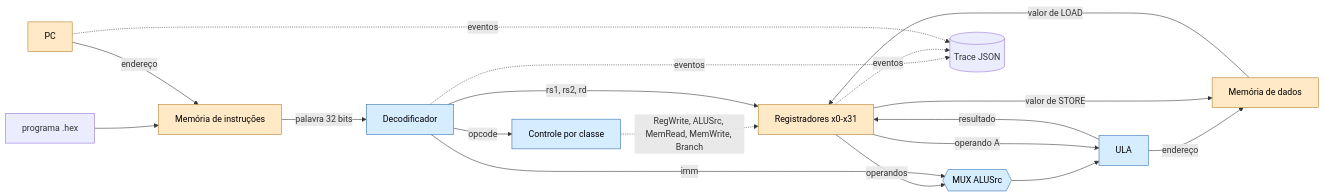
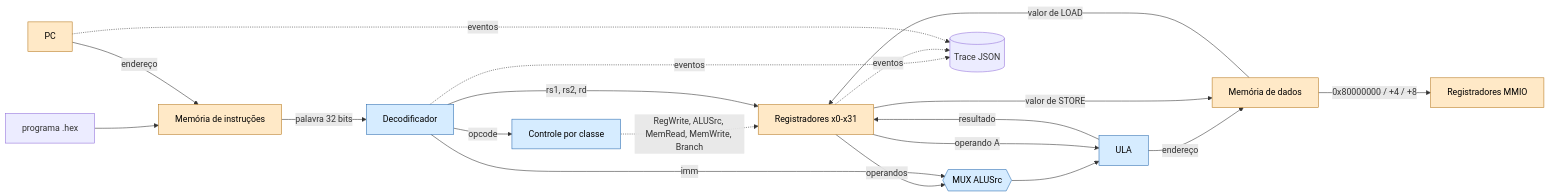
Before and after one commit to LelisKevin/atividade_minirv: the diagram in docs/arquitetura.md, drawn with Mermaid. The commit also changed other lines of this file and 16 other files, not shown here.

````diff
--- a/docs/arquitetura.md
+++ b/docs/arquitetura.md
@@ -6,25 +6,26 @@
 ```mermaid
 flowchart LR
     HEX[programa .hex] --> IMEM[Memória de instruções]
     PC[PC] -->|endereço| IMEM
     IMEM -->|palavra 32 bits| DEC[Decodificador]
     DEC -->|opcode| CTRL[Controle por classe]
     CTRL -. RegWrite, ALUSrc, MemRead, MemWrite, Branch .-> REG
     DEC -->|rs1, rs2, rd| REG[Registradores x0-x31]
     REG -->|operandos| MUX{{MUX ALUSrc}}
     DEC -->|imm| MUX
     MUX --> ALU[ULA]
     REG -->|operando A| ALU
     ALU -->|resultado| REG
     ALU -->|endereço| DMEM[Memória de dados]
     REG -->|valor de STORE| DMEM
     DMEM -->|valor de LOAD| REG
+    DMEM -->|0x80000000 / +4 / +8| MMIO[Registradores MMIO]
     DEC -. eventos .-> TRACE[(Trace JSON)]
     REG -. eventos .-> TRACE
     PC -. eventos .-> TRACE
 
     classDef comb fill:#d6ecff,stroke:#2b6cb0,color:#000;
     classDef seq fill:#ffe9c7,stroke:#b7791f,color:#000;
     class DEC,CTRL,MUX,ALU comb;
-    class PC,REG,IMEM,DMEM seq;
+    class PC,REG,IMEM,DMEM,MMIO seq;
 ```
````
